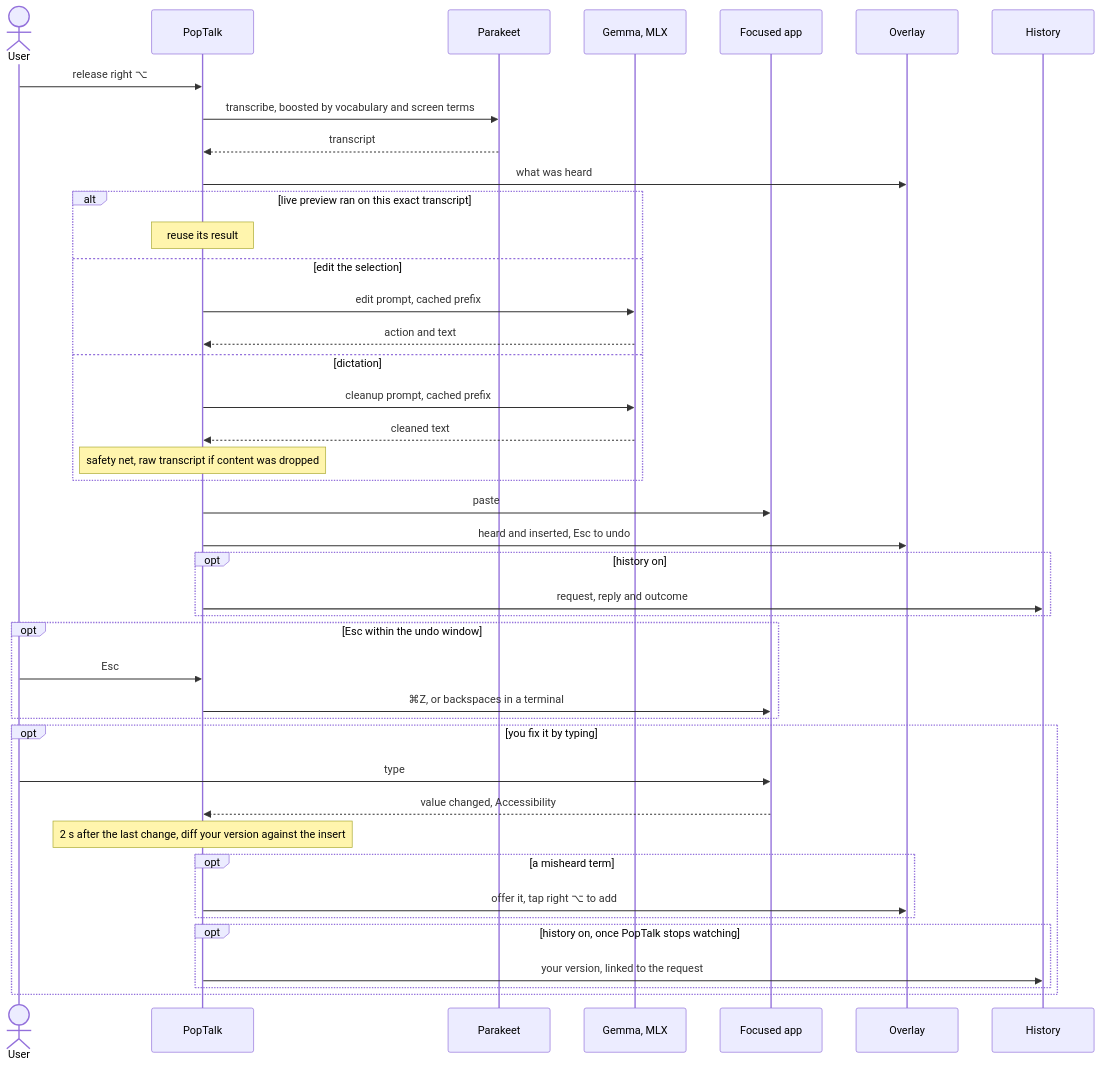
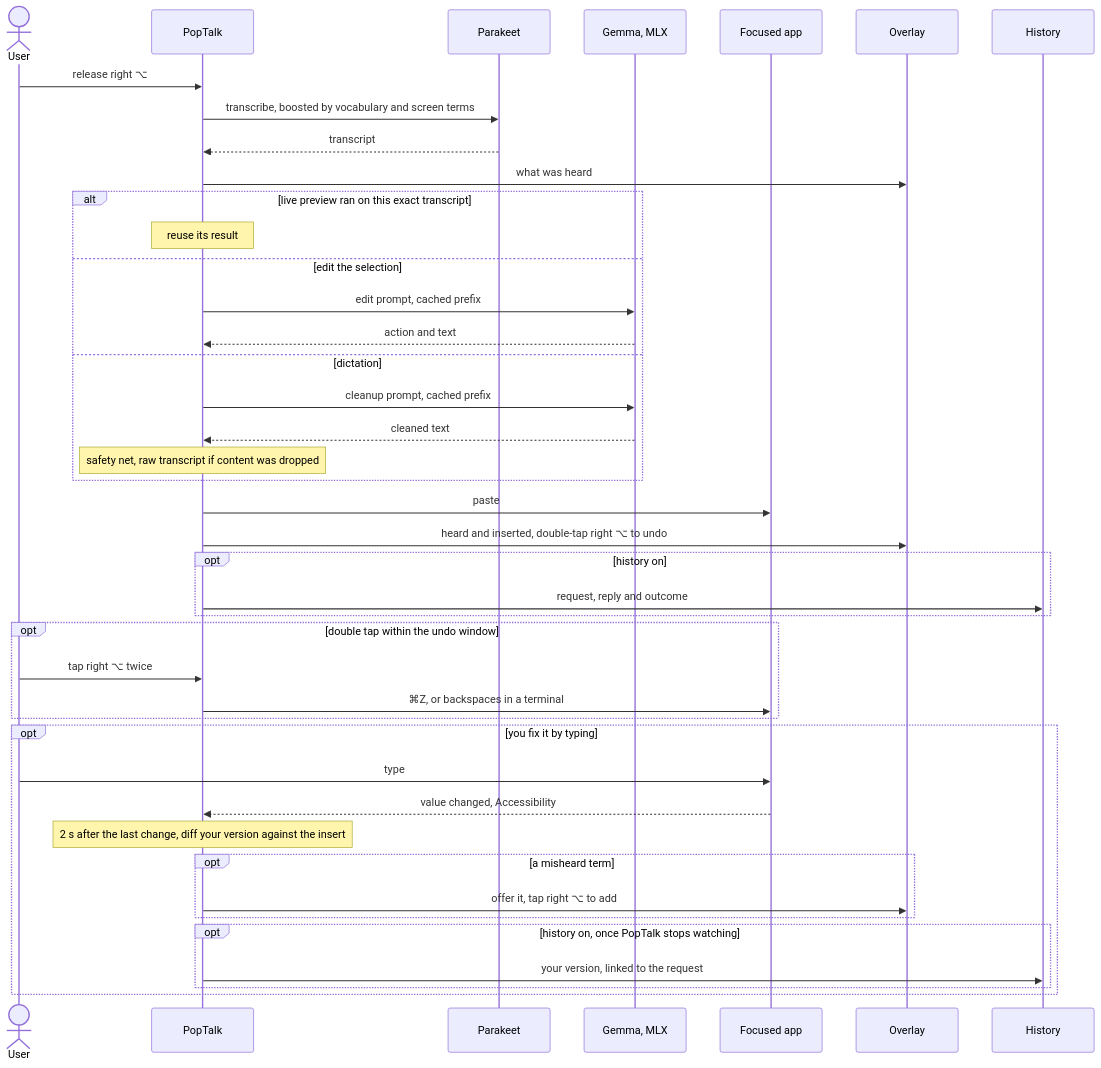
One commit to thirteen37/PopTalk changed the fourth of 4 diagrams in docs/how-it-works.md. Above: the diagram before and after it, drawn with Mermaid. The commit also changed other lines of this file and 12 other files, not shown here.

First line of the commit message:
feat(hotkey): double-tap right ⌥ undoes, replacing Esc (#109)

````diff
--- a/docs/how-it-works.md
+++ b/docs/how-it-works.md
@@ -128,45 +128,45 @@
 ```mermaid
 sequenceDiagram
     actor User
     participant App as PopTalk
     participant ASR as Parakeet
     participant LLM as Gemma, MLX
     participant Field as Focused app
     participant Overlay
     participant History
 
     User->>App: release right ⌥
     App->>ASR: transcribe, boosted by vocabulary and screen terms
     ASR-->>App: transcript
     App->>Overlay: what was heard
     alt live preview ran on this exact transcript
         Note over App: reuse its result
     else edit the selection
         App->>LLM: edit prompt, cached prefix
         LLM-->>App: action and text
     else dictation
         App->>LLM: cleanup prompt, cached prefix
         LLM-->>App: cleaned text
         Note over App: safety net, raw transcript if content was dropped
     end
     App->>Field: paste
-    App->>Overlay: heard and inserted, Esc to undo
+    App->>Overlay: heard and inserted, double-tap right ⌥ to undo
     opt history on
         App->>History: request, reply and outcome
     end
-    opt Esc within the undo window
-        User->>App: Esc
+    opt double tap within the undo window
+        User->>App: tap right ⌥ twice
         App->>Field: ⌘Z, or backspaces in a terminal
     end
     opt you fix it by typing
         User->>Field: type
         Field-->>App: value changed, Accessibility
         Note over App: 2 s after the last change, diff your version against the insert
         opt a misheard term
             App->>Overlay: offer it, tap right ⌥ to add
         end
         opt history on, once PopTalk stops watching
             App->>History: your version, linked to the request
         end
     end
 ```
````
